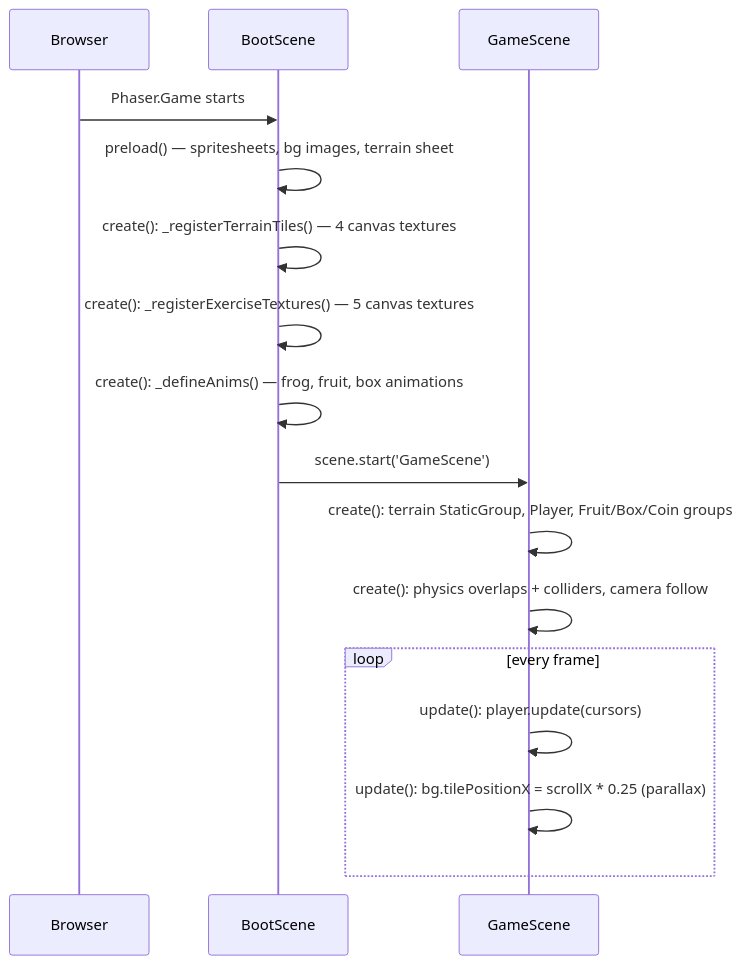
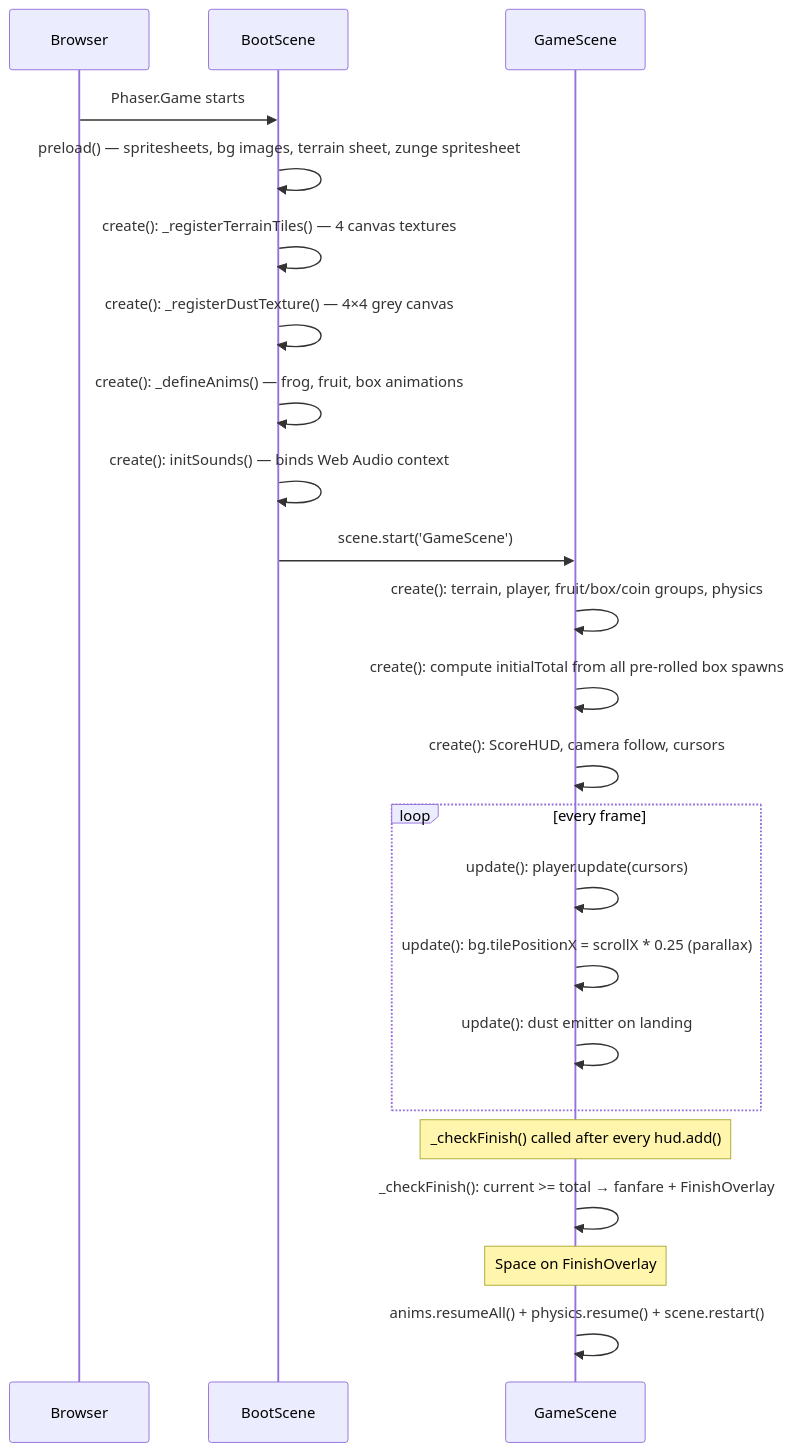
One commit to jptrmn/side-scroller changed the second of 2 diagrams in docs/architecture.md. Above: the diagram before and after it, drawn with Mermaid. The commit also changed other lines of this file and 5 other files, not shown here.

````diff
--- a/docs/architecture.md
+++ b/docs/architecture.md
@@ -73,20 +95,28 @@
 ```mermaid
 sequenceDiagram
     participant Browser
     participant Boot as BootScene
     participant Game as GameScene
 
     Browser->>Boot: Phaser.Game starts
-    Boot->>Boot: preload() — spritesheets, bg images, terrain sheet
+    Boot->>Boot: preload() — spritesheets, bg images, terrain sheet, zunge spritesheet
     Boot->>Boot: create(): _registerTerrainTiles() — 4 canvas textures
-    Boot->>Boot: create(): _registerExerciseTextures() — 5 canvas textures
+    Boot->>Boot: create(): _registerDustTexture() — 4×4 grey canvas
     Boot->>Boot: create(): _defineAnims() — frog, fruit, box animations
+    Boot->>Boot: create(): initSounds() — binds Web Audio context
     Boot->>Game: scene.start('GameScene')
-    Game->>Game: create(): terrain StaticGroup, Player, Fruit/Box/Coin groups
-    Game->>Game: create(): physics overlaps + colliders, camera follow
+    Game->>Game: create(): terrain, player, fruit/box/coin groups, physics
+    Game->>Game: create(): compute initialTotal from all pre-rolled box spawns
+    Game->>Game: create(): ScoreHUD, camera follow, cursors
 
     loop every frame
         Game->>Game: update(): player.update(cursors)
         Game->>Game: update(): bg.tilePositionX = scrollX * 0.25 (parallax)
+        Game->>Game: update(): dust emitter on landing
     end
+
+    Note over Game: _checkFinish() called after every hud.add()
+    Game->>Game: _checkFinish(): current >= total → fanfare + FinishOverlay
+    Note over Game: Space on FinishOverlay
+    Game->>Game: anims.resumeAll() + physics.resume() + scene.restart()
 ```
````
